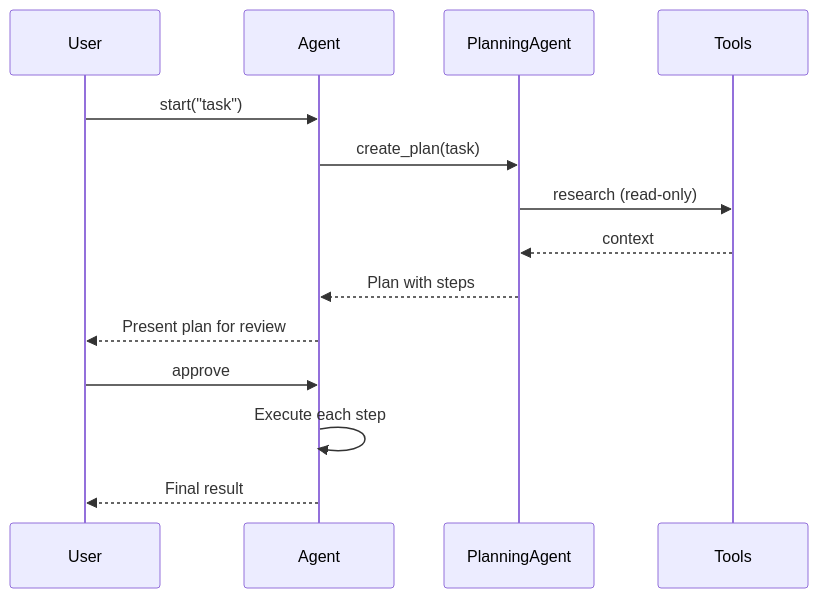
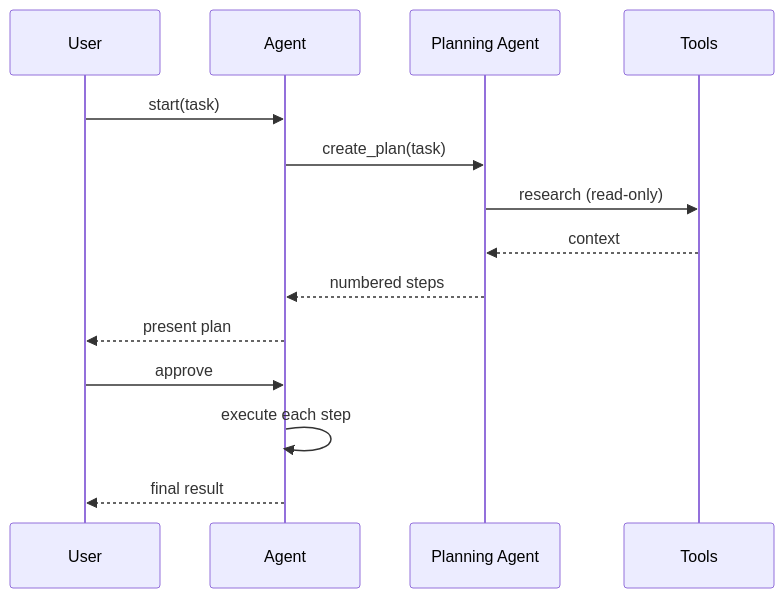
One commit to MervinPraison/PraisonAIDocs changed the second of 2 diagrams in docs/features/planning-mode.mdx. Above: the diagram before and after it, drawn with Mermaid. The commit also changed other lines of this file and 4 other files, not shown here.

````diff
--- a/docs/features/planning-mode.mdx
+++ b/docs/features/planning-mode.mdx
@@ -91,17 +99,17 @@
 ```mermaid
 sequenceDiagram
     participant User
     participant Agent
-    participant PlanningAgent
+    participant Planner as Planning Agent
     participant Tools
 
-    User->>Agent: start("task")
-    Agent->>PlanningAgent: create_plan(task)
-    PlanningAgent->>Tools: research (read-only)
-    Tools-->>PlanningAgent: context
-    PlanningAgent-->>Agent: Plan with steps
-    Agent-->>User: Present plan for review
+    User->>Agent: start(task)
+    Agent->>Planner: create_plan(task)
+    Planner->>Tools: research (read-only)
+    Tools-->>Planner: context
+    Planner-->>Agent: numbered steps
+    Agent-->>User: present plan
     User->>Agent: approve
-    Agent->>Agent: Execute each step
-    Agent-->>User: Final result
+    Agent->>Agent: execute each step
+    Agent-->>User: final result
 ```
````
